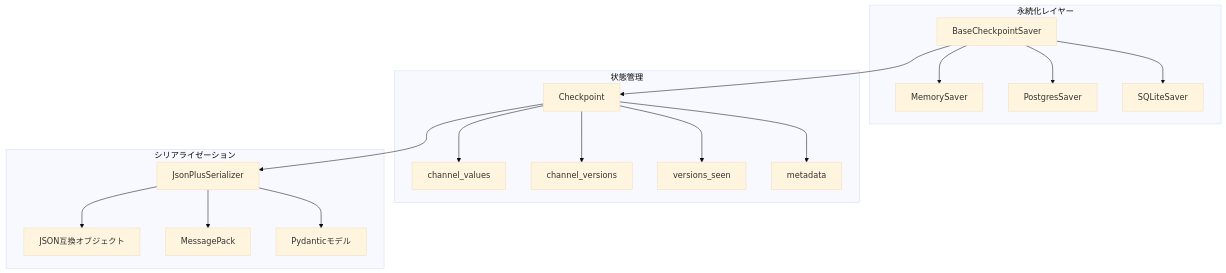
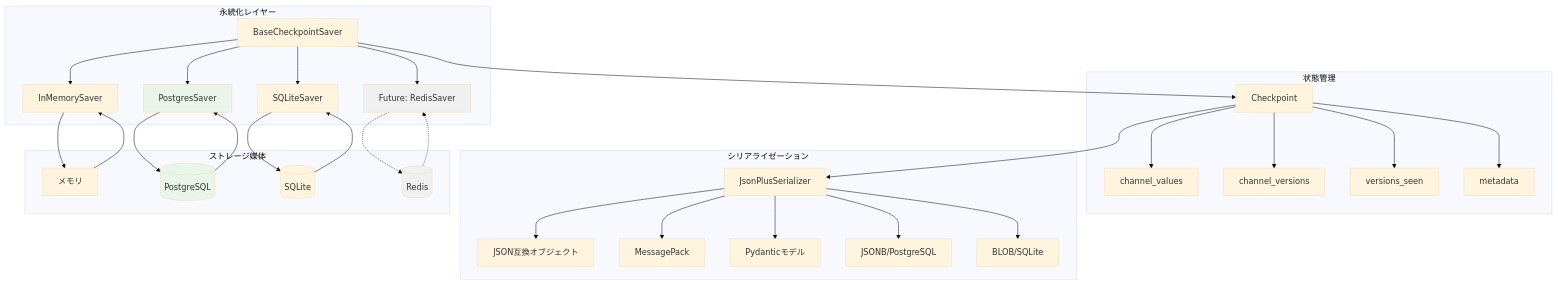
The tenth of 14 diagrams in workflow/agentic/langgraph_task_exec_sequence.md (myui/code-reading), drawn with Mermaid (base theme) before and after one commit. The commit also changed other lines of this file, not shown here.

Commit message:
Add detailed checkpoint persistence documentation

````diff
--- a/workflow/agentic/langgraph_task_exec_sequence.md
+++ b/workflow/agentic/langgraph_task_exec_sequence.md
@@ -716,24 +716,43 @@
 ```mermaid
 graph TB
     subgraph "永続化レイヤー"
-        A[BaseCheckpointSaver] --> B[MemorySaver]
+        A[BaseCheckpointSaver] --> B[InMemorySaver]
         A --> C[PostgresSaver]
         A --> D[SQLiteSaver]
+        A --> E[Future: RedisSaver]
     end
     
     subgraph "状態管理"
-        E[Checkpoint] --> F[channel_values]
-        E --> G[channel_versions]
-        E --> H[versions_seen]
-        E --> I[metadata]
+        F[Checkpoint] --> G[channel_values]
+        F --> H[channel_versions]
+        F --> I[versions_seen]
+        F --> J[metadata]
     end
     
     subgraph "シリアライゼーション"
-        J[JsonPlusSerializer] --> K[JSON互換オブジェクト]
-        J --> L[MessagePack]
-        J --> M[Pydanticモデル]
+        K[JsonPlusSerializer] --> L[JSON互換オブジェクト]
+        K --> M[MessagePack]
+        K --> N[Pydanticモデル]
+        K --> O[JSONB/PostgreSQL]
+        K --> P[BLOB/SQLite]
     end
     
-    E --> J
-    A --> E
+    subgraph "ストレージ媒体"
+        Q[メモリ] --> B
+        R[(PostgreSQL)] --> C
+        S[(SQLite)] --> D
+        T[(Redis)] -.-> E
+    end
+    
+    F --> K
+    A --> F
+    B --> Q
+    C --> R
+    D --> S
+    E -.-> T
+    
+    style C fill:#e8f5e8
+    style R fill:#e8f5e8
+    style E fill:#f0f0f0
+    style T fill:#f0f0f0
 ```
````
